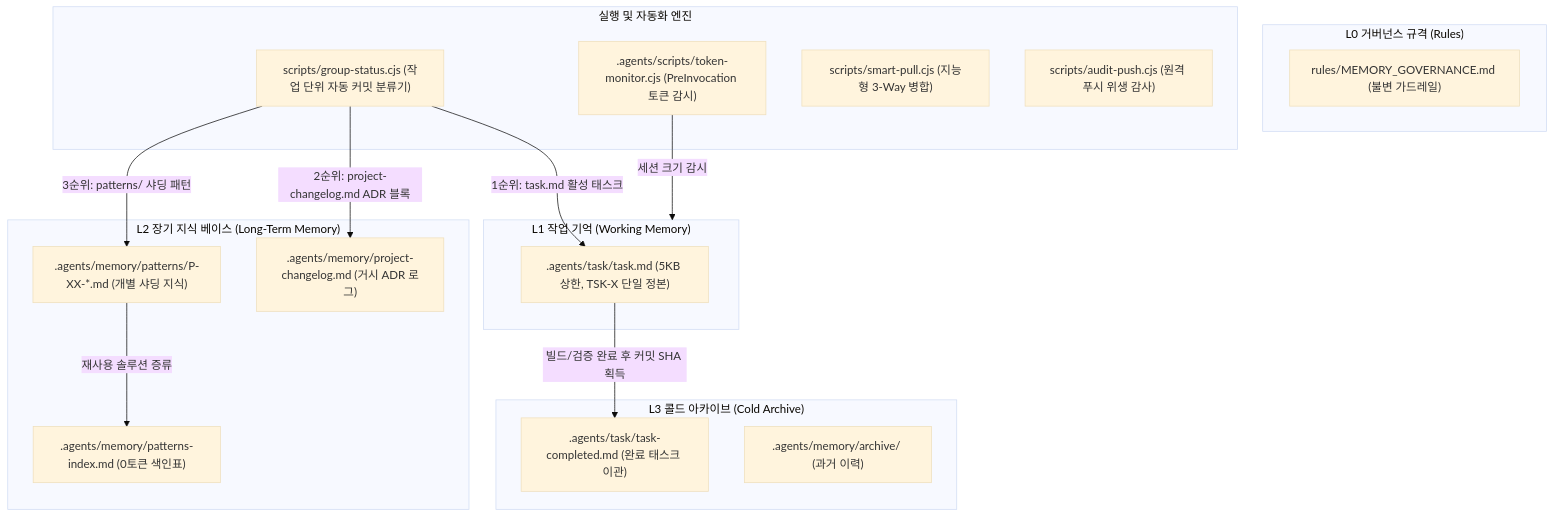
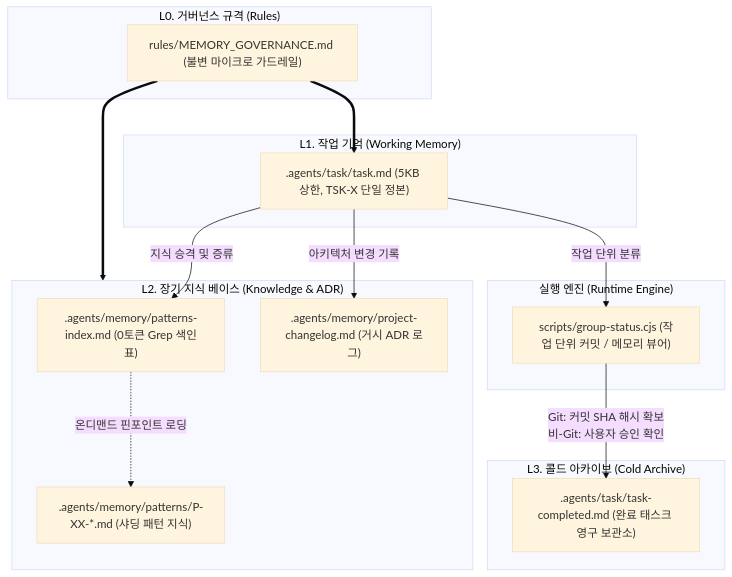
One commit to RockBeider/agent-context-memory changed the first of 2 diagrams in README.md. Above: the diagram before and after it, drawn with Mermaid (base theme). The commit also changed other lines of this file and 18 other files, not shown here.

First line of the commit message:
docs(rules): [TSK-10] npm 패키지 배포 명세 정비 및 라이선스 법적 정본화

````diff
--- a/README.md
+++ b/README.md
@@ -11,35 +15,32 @@
 ```mermaid
-flowchart TB
-  subgraph L0["L0 거버넌스 규격 (Rules)"]
-    R["rules/MEMORY_GOVERNANCE.md (불변 가드레일)"]
-  end
+flowchart TD
+    subgraph L0 ["L0. 거버넌스 규격 (Rules)"]
+        GovDoc["rules/MEMORY_GOVERNANCE.md (불변 마이크로 가드레일)"]
+    end
 
-  subgraph L1["L1 작업 기억 (Working Memory)"]
-    T[".agents/task/task.md (5KB 상한, TSK-X 단일 정본)"]
-  end
+    subgraph L1 ["L1. 작업 기억 (Working Memory)"]
+        TaskMaster[".agents/task/task.md (5KB 상한, TSK-X 단일 정본)"]
+    end
 
-  subgraph L2["L2 장기 지식 베이스 (Long-Term Memory)"]
-    PI[".agents/memory/patterns-index.md (0토큰 색인표)"]
-    P[".agents/memory/patterns/P-XX-*.md (개별 샤딩 지식)"]
-    CL[".agents/memory/project-changelog.md (거시 ADR 로그)"]
-  end
+    subgraph L2 ["L2. 장기 지식 베이스 (Knowledge & ADR)"]
+        PatternsIndex[".agents/memory/patterns-index.md (0토큰 Grep 색인표)"]
+        PatternShards[".agents/memory/patterns/P-XX-*.md (샤딩 패턴 지식)"]
+        Changelog[".agents/memory/project-changelog.md (거시 ADR 로그)"]
+    end
 
-  subgraph L3["L3 콜드 아카이브 (Cold Archive)"]
-    TC[".agents/task/task-completed.md (완료 태스크 이관)"]
-    AR[".agents/memory/archive/ (과거 이력)"]
-  end
+    subgraph Engine ["실행 엔진 (Runtime Engine)"]
+        GroupStatus["scripts/group-status.cjs (작업 단위 커밋 / 메모리 뷰어)"]
+    end
 
-  subgraph ENGINE["실행 및 자동화 엔진"]
-    GS["scripts/group-status.cjs (작업 단위 자동 커밋 분류기)"]
-    TM[".agents/scripts/token-monitor.cjs (PreInvocation 토큰 감시)"]
-    SP["scripts/smart-pull.cjs (지능형 3-Way 병합)"]
-    AP["scripts/audit-push.cjs (원격 푸시 위생 감사)"]
-  end
+    subgraph L3 ["L3. 콜드 아카이브 (Cold Archive)"]
+        CompletedMaster[".agents/task/task-completed.md (완료 태스크 영구 보관소)"]
+    end
 
-  T -- "빌드/검증 완료 후 커밋 SHA 획득" --> TC
-  P -- "재사용 솔루션 증류" --> PI
-  GS -- "1순위: task.md 활성 태스크" --> T
-  GS -- "2순위: project-changelog.md ADR 블록" --> CL
-  GS -- "3순위: patterns/ 샤딩 패턴" --> P
-  TM -- "세션 크기 감시" --> L1
+    GovDoc ==> TaskMaster
+    GovDoc ==> L2
+    TaskMaster -->|"지식 승격 및 증류"| PatternsIndex
+    PatternsIndex -.->|"온디맨드 핀포인트 로딩"| PatternShards
+    TaskMaster -->|"아키텍처 변경 기록"| Changelog
+    TaskMaster -->|"작업 단위 분류"| GroupStatus
+    GroupStatus -->|"Git: 커밋 SHA 해시 확보\n비-Git: 사용자 승인 확인"| CompletedMaster
 ```
````
